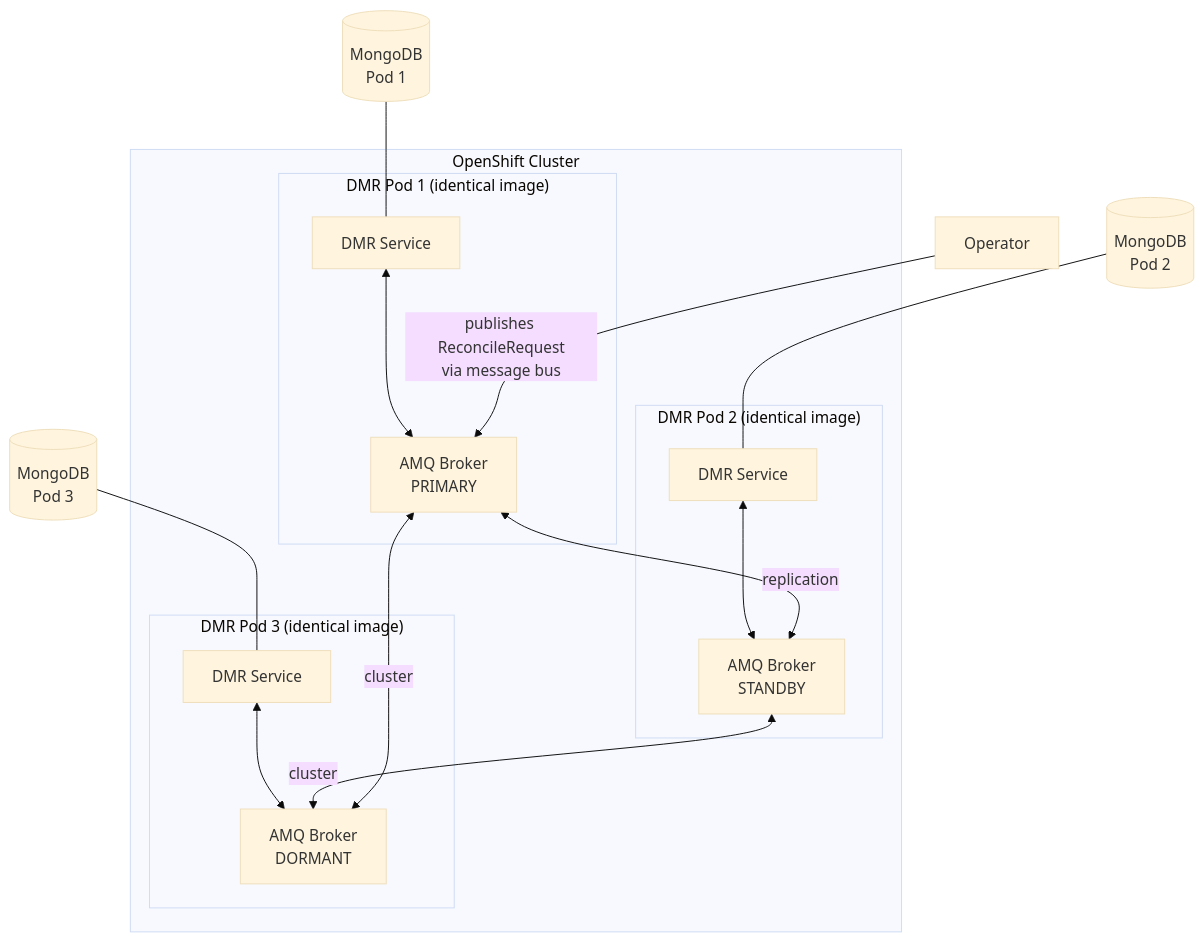
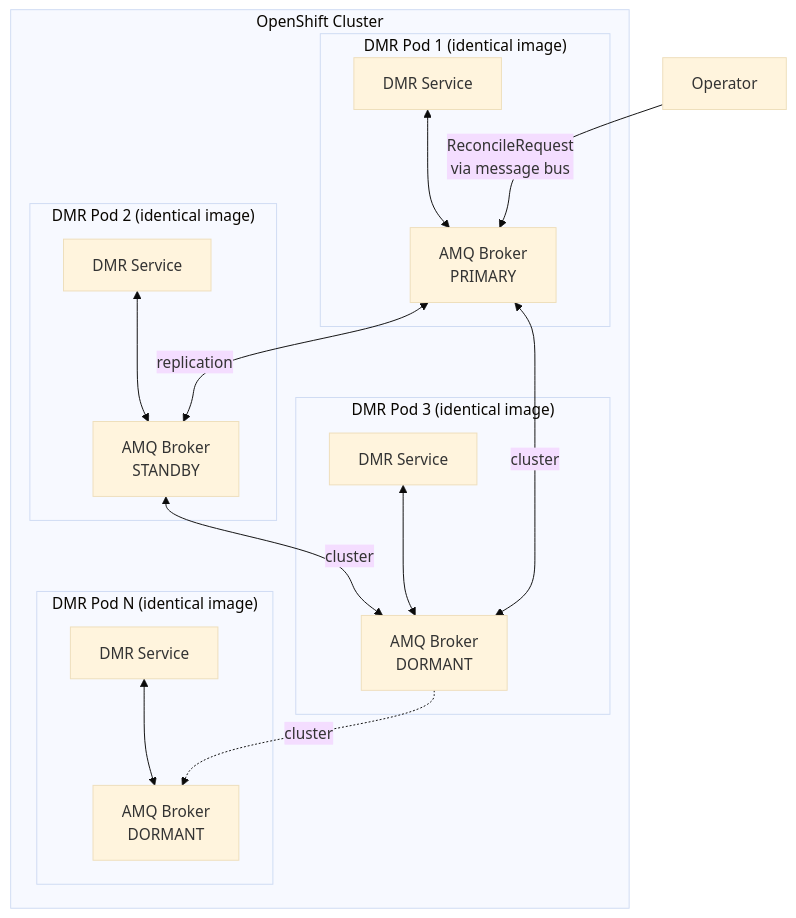
One commit to emirbh/misc changed the first of 17 diagrams in data-model-registry/dmr-sync-design.md. Above: the diagram before and after it, drawn with Mermaid (base theme). The commit also changed other lines of this file, not shown here.

Commit message:
dmr sync

````diff
--- a/data-model-registry/dmr-sync-design.md
+++ b/data-model-registry/dmr-sync-design.md
@@ -88,31 +96,35 @@
 ```mermaid
 graph TB
     subgraph OpenShift Cluster
         subgraph Pod1["DMR Pod 1 (identical image)"]
             DMR1[DMR Service]
             AMQ1[AMQ Broker\nPRIMARY]
             DMR1 <--> AMQ1
         end
 
         subgraph Pod2["DMR Pod 2 (identical image)"]
             DMR2[DMR Service]
             AMQ2[AMQ Broker\nSTANDBY]
             DMR2 <--> AMQ2
         end
 
         subgraph Pod3["DMR Pod 3 (identical image)"]
             DMR3[DMR Service]
             AMQ3[AMQ Broker\nDORMANT]
             DMR3 <--> AMQ3
         end
 
+        subgraph PodN["DMR Pod N (identical image)"]
+            DMRN[DMR Service]
+            AMQN[AMQ Broker\nDORMANT]
+            DMRN <--> AMQN
+        end
+
         AMQ1 <-->|replication| AMQ2
+        AMQ1 <-->|cluster| AMQ3
         AMQ2 <-->|cluster| AMQ3
-        AMQ1 <-->|cluster| AMQ3
+        AMQ3 -. cluster .-> AMQN
     end
 
-    OP[Operator] -->|publishes ReconcileRequest\nvia message bus| AMQ1
-    MongoDB1[(MongoDB\nPod 1)] --- DMR1
-    MongoDB2[(MongoDB\nPod 2)] --- DMR2
-    MongoDB3[(MongoDB\nPod 3)] --- DMR3
+    OP[Operator] -->|ReconcileRequest\nvia message bus| AMQ1
 ```
````
